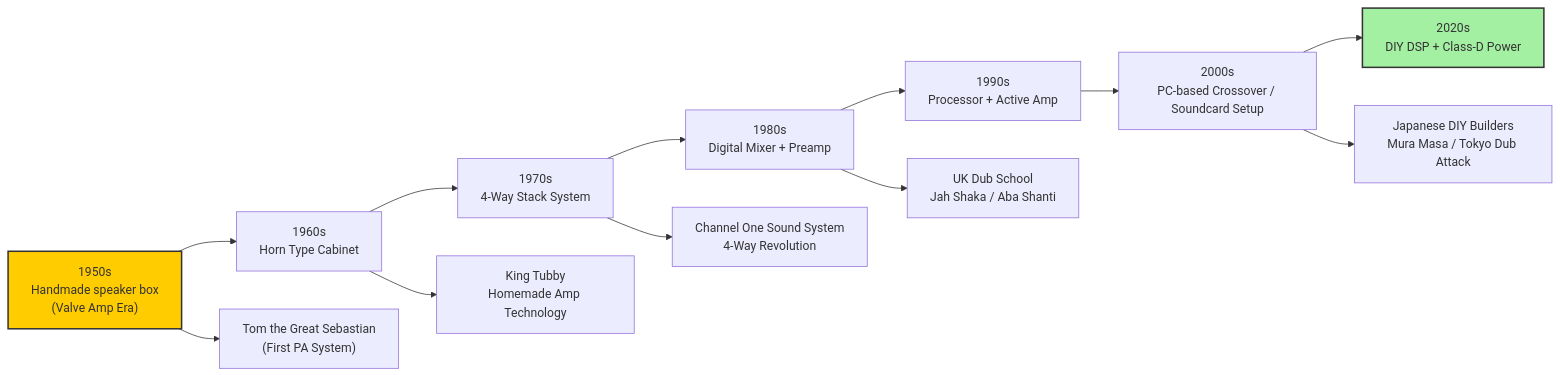
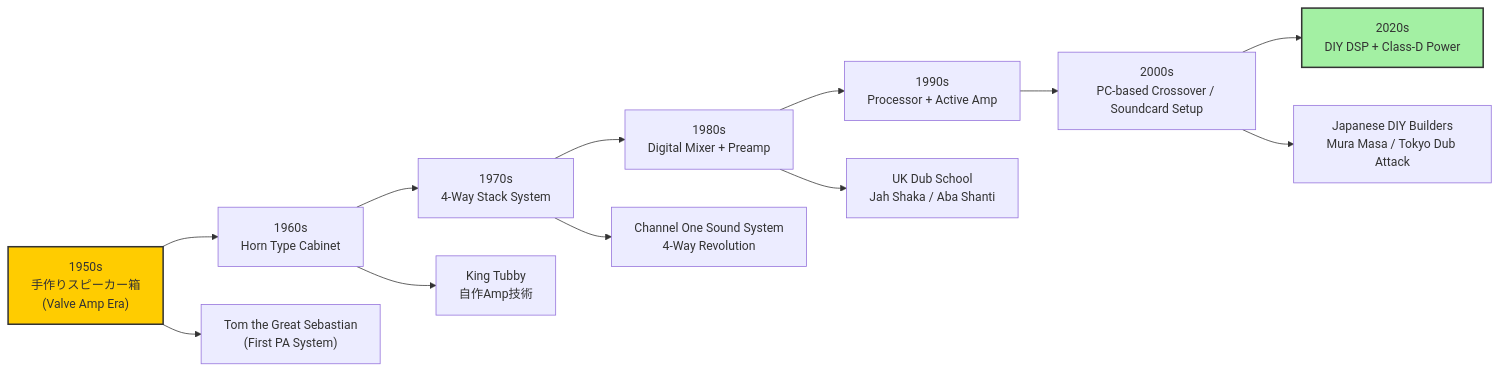
Before and after one commit to monumental-movement/monumental-movement.github.io: the third of 4 diagrams in en/_posts/2025-11-05-column-dancehall.md, drawn with Mermaid. The commit also changed other lines of this file and 211 other files, not shown here.

```diff
--- a/en/_posts/2025-11-05-column-dancehall.md
+++ b/en/_posts/2025-11-05-column-dancehall.md
@@ -265,20 +265,20 @@
 <div class="mermaid">
 
 graph LR
-A["1950s<br/>Handmade speaker box<br/>(Valve Amp Era)"] --> B["1960s<br/>Horn Type Cabinet"]
-B --> C["1970s<br/>4-Way Stack System"]
-C --> D["1980s<br/>Digital Mixer + Preamp"]
-D --> E["1990s<br/>Processor + Active Amp"]
-E --> F["2000s<br/>PC-based Crossover / Soundcard Setup"]
-F --> G["2020s<br/>DIY DSP + Class-D Power"]
+    A["1950s<br/>手作りスピーカー箱<br/>(Valve Amp Era)"] --> B["1960s<br/>Horn Type Cabinet"]
+    B --> C["1970s<br/>4-Way Stack System"]
+    C --> D["1980s<br/>Digital Mixer + Preamp"]
+    D --> E["1990s<br/>Processor + Active Amp"]
+    E --> F["2000s<br/>PC-based Crossover / Soundcard Setup"]
+    F --> G["2020s<br/>DIY DSP + Class-D Power"]
 
-A --> AA["Tom the Great Sebastian<br/>(First PA System)"]
-B --> AB["King Tubby<br/>Homemade Amp Technology"]
-C --> AC["Channel One Sound System<br/>4-Way Revolution"]
-D --> AD["UK Dub School<br/>Jah Shaka / Aba Shanti"]
-F --> AE["Japanese DIY Builders<br/>Mura Masa / Tokyo Dub Attack"]
+    A --> AA["Tom the Great Sebastian<br/>(First PA System)"]
+    B --> AB["King Tubby<br/>自作Amp技術"]
+    C --> AC["Channel One Sound System<br/>4-Way Revolution"]
+    D --> AD["UK Dub School<br/>Jah Shaka / Aba Shanti"]
+    F --> AE["Japanese DIY Builders<br/>Mura Masa / Tokyo Dub Attack"]
 
-style A fill:#ffcc00,stroke:#333,stroke-width:2px
-style G fill:#a3f0a3,stroke:#333,stroke-width:2px
+    style A fill:#ffcc00,stroke:#333,stroke-width:2px
+    style G fill:#a3f0a3,stroke:#333,stroke-width:2px
 
 </div>
```
